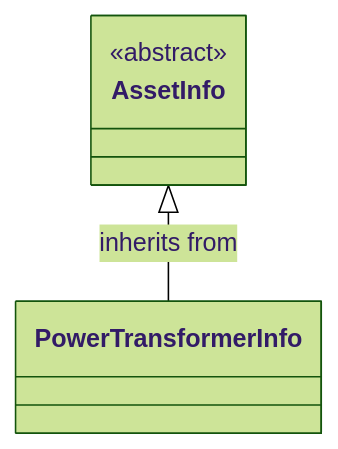
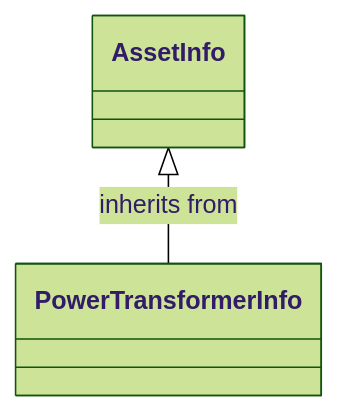
One commit to PNNL-CIM-Tools/CIM-Graph changed the third of 14 diagrams in cimgraph/data_profile/cim18gmdm/asset/Asset.rdfs-t2b.md. Above: the diagram before and after it, drawn with Mermaid (forest theme). The commit also changed other lines of this file and 4 other files, not shown here.

````diff
--- a/cimgraph/data_profile/cim18gmdm/asset/Asset.rdfs-t2b.md
+++ b/cimgraph/data_profile/cim18gmdm/asset/Asset.rdfs-t2b.md
@@ -185,13 +211,6 @@
 ```mermaid
 classDiagram
-direction TB
-
-class PowerTransformerInfo {
+class PowerTransformerInfo{
 }
-
-class AssetInfo {
-<<abstract>>
-}
-
 AssetInfo <|-- PowerTransformerInfo : inherits from
 ```
````
